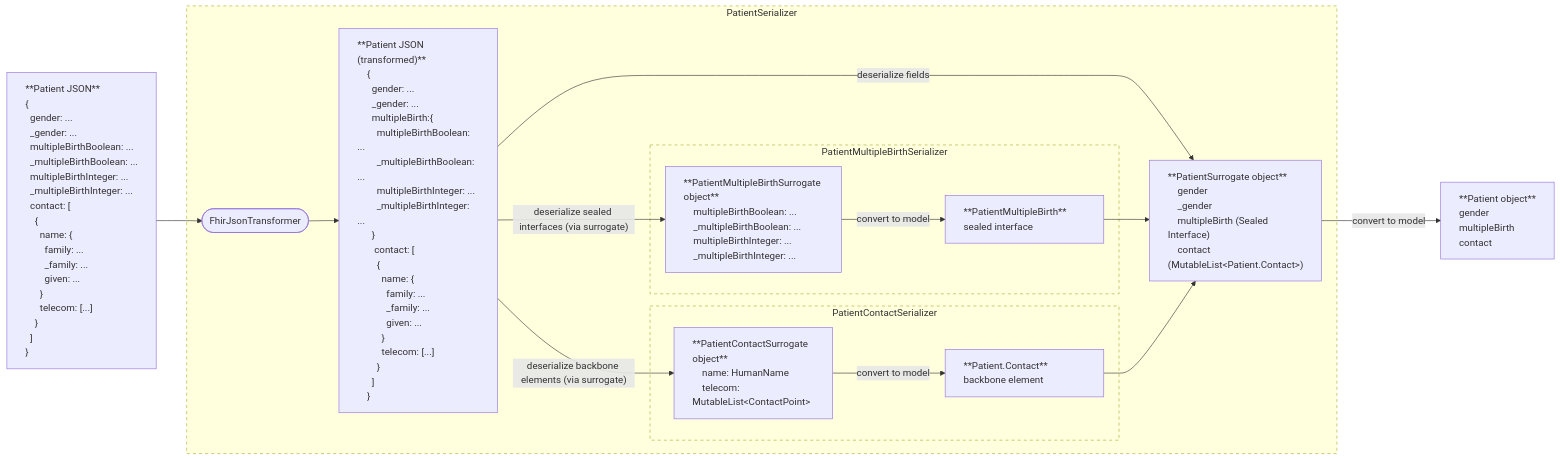
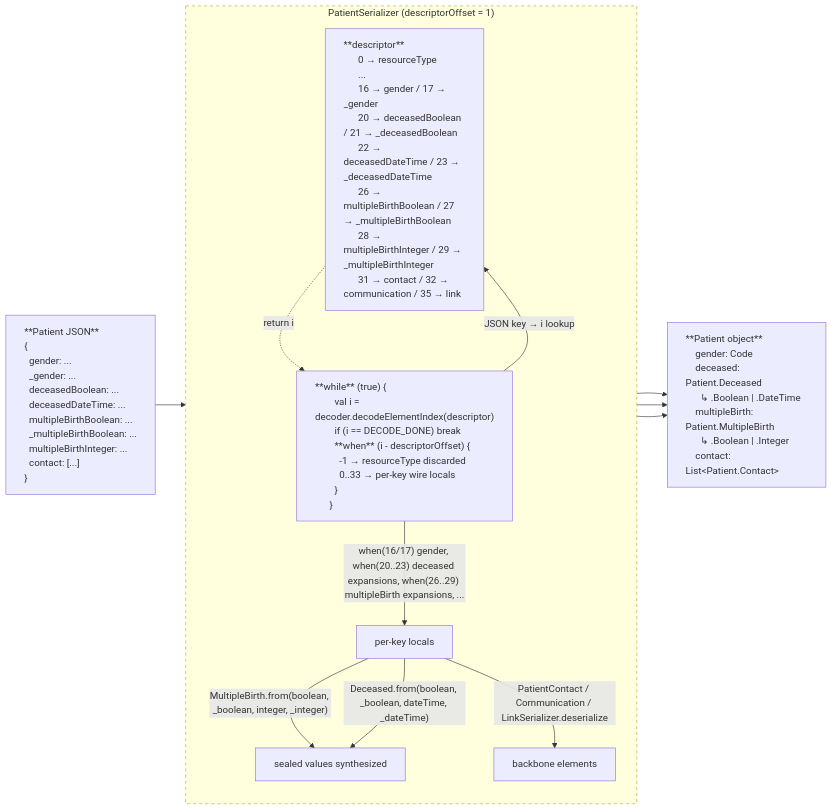
One commit to jingtang10/kotlin-fhir changed the second of 3 diagrams in README.md. Above: the diagram before and after it, drawn with Mermaid. The commit also changed other lines of this file and 1716 other files, not shown here.

````diff
--- a/README.md
+++ b/README.md
@@ -265,96 +278,60 @@
     {
     #nbsp;#nbsp;gender: ...
     #nbsp;#nbsp;_gender: ...
+    #nbsp;#nbsp;deceasedBoolean: ...
+    #nbsp;#nbsp;deceasedDateTime: ...
     #nbsp;#nbsp;multipleBirthBoolean: ...
     #nbsp;#nbsp;_multipleBirthBoolean: ...
     #nbsp;#nbsp;multipleBirthInteger: ...
-    #nbsp;#nbsp;_multipleBirthInteger: ...
-    #nbsp;#nbsp;contact: [
-    #nbsp;#nbsp;#nbsp;#nbsp;{
-    #nbsp;#nbsp;#nbsp;#nbsp;#nbsp;#nbsp;name: {
-    #nbsp;#nbsp;#nbsp;#nbsp;#nbsp;#nbsp;#nbsp;#nbsp;family: ...
-    #nbsp;#nbsp;#nbsp;#nbsp;#nbsp;#nbsp;#nbsp;#nbsp;_family: ...
-    #nbsp;#nbsp;#nbsp;#nbsp;#nbsp;#nbsp;#nbsp;#nbsp;given: ...
-    #nbsp;#nbsp;#nbsp;#nbsp;#nbsp;#nbsp;}
-    #nbsp;#nbsp;#nbsp;#nbsp;#nbsp;#nbsp;telecom: [...]
-    #nbsp;#nbsp;#nbsp;#nbsp;}
-    #nbsp;#nbsp;]
+    #nbsp;#nbsp;contact: [...]
     }
     "]
-    B["**Patient JSON (transformed)**
-    {
-    #nbsp;#nbsp;gender: ...
-    #nbsp;#nbsp;_gender: ...
-    #nbsp;#nbsp;multipleBirth:{
-    #nbsp;#nbsp;#nbsp;#nbsp;multipleBirthBoolean: ...
-    #nbsp;#nbsp;#nbsp;#nbsp;_multipleBirthBoolean: ...
-    #nbsp;#nbsp;#nbsp;#nbsp;multipleBirthInteger: ...
-    #nbsp;#nbsp;#nbsp;#nbsp;_multipleBirthInteger: ...
-    #nbsp;#nbsp;}
-     #nbsp;#nbsp;contact: [
-    #nbsp;#nbsp;#nbsp;#nbsp;{
-    #nbsp;#nbsp;#nbsp;#nbsp;#nbsp;#nbsp;name: {
-    #nbsp;#nbsp;#nbsp;#nbsp;#nbsp;#nbsp;#nbsp;#nbsp;family: ...
-    #nbsp;#nbsp;#nbsp;#nbsp;#nbsp;#nbsp;#nbsp;#nbsp;_family: ...
-    #nbsp;#nbsp;#nbsp;#nbsp;#nbsp;#nbsp;#nbsp;#nbsp;given: ...
-    #nbsp;#nbsp;#nbsp;#nbsp;#nbsp;#nbsp;}
-    #nbsp;#nbsp;#nbsp;#nbsp;#nbsp;#nbsp;telecom: [...]
-    #nbsp;#nbsp;#nbsp;#nbsp;}
-    #nbsp;#nbsp;]
-    }
-    "]
-    C["**PatientSurrogate object**
-    gender
-    _gender
-    multipleBirth (Sealed Interface)
-    contact (MutableList&lt;Patient.Contact&gt;)
-    "]
-    D["**PatientMultipleBirthSurrogate object**
-    multipleBirthBoolean: ...
-    _multipleBirthBoolean: ...
-    multipleBirthInteger: ...
-    _multipleBirthInteger: ...
-    "]
     E["**Patient object**
-    gender
-    multipleBirth
-    contact
-    "]
-    F["**PatientMultipleBirth** sealed interface
-    "]
-    G["**PatientContactSurrogate object**
-    name: HumanName
-    telecom: MutableList&lt;ContactPoint&gt;
-    "]
-    H["**Patient.Contact** backbone element
+    gender: Code
+    deceased: Patient.Deceased
+    #nbsp;#nbsp;↳ .Boolean | .DateTime
+    multipleBirth: Patient.MultipleBirth
+    #nbsp;#nbsp;↳ .Boolean | .Integer
+    contact: List&lt;Patient.Contact&gt;
     "]
 
-    A-->Transformer[FhirJsonTransformer]@{ shape: pill }
-    subgraph S1[PatientSerializer]
-      Transformer --> B
-      B -- deserialize fields --> C
-      B -- deserialize sealed interfaces (via surrogate) --> D
-      subgraph S2[PatientMultipleBirthSerializer]
-        D -- convert to model --> F
-      end
-      F --> C
-      B -- deserialize backbone elements (via surrogate) --> G
-      subgraph S3[PatientContactSerializer]
-        G -- convert to model --> H
-      end
-      H --> C
+    subgraph PS["PatientSerializer  (descriptorOffset = 1)"]
+      direction TB
+      Desc["**descriptor**
+      0 → resourceType
+      ... 
+      16 → gender / 17 → _gender
+      20 → deceasedBoolean / 21 → _deceasedBoolean
+      22 → deceasedDateTime / 23 → _deceasedDateTime
+      26 → multipleBirthBoolean / 27 → _multipleBirthBoolean
+      28 → multipleBirthInteger / 29 → _multipleBirthInteger
+      31 → contact / 32 → communication / 35 → link"]
+
+      Loop["**while** (true) {
+      #nbsp;#nbsp;val i = decoder.decodeElementIndex(descriptor)
+      #nbsp;#nbsp;if (i == DECODE_DONE) break
+      #nbsp;#nbsp;**when** (i - descriptorOffset) {
+      #nbsp;#nbsp;#nbsp;#nbsp;-1 → resourceType discarded
+      #nbsp;#nbsp;#nbsp;#nbsp;0..33 → per-key wire locals
+      #nbsp;#nbsp;}
+      }"]
+
+      Loop -- "JSON key → i lookup" --> Desc
+      Desc -. "return i" .-> Loop
+      Loop -- "when(16/17) gender, when(20..23) deceased expansions, when(26..29) multipleBirth expansions, ..." --> Locals[per-key locals]
+      Locals -- "MultipleBirth.from(boolean, _boolean, integer, _integer)" --> Seal[sealed values synthesized]
+      Locals -- "Deceased.from(boolean, _boolean, dateTime, _dateTime)" --> Seal
+      Locals -- "PatientContact / Communication / LinkSerializer.deserialize" --> BB[backbone elements]
     end
-    C -- convert to model --> E
+
+    A --> PS
+    Seal --> E
+    BB --> E
+    Locals --> E
 
     style A text-align:left
-    style B text-align:left
-    style C text-align:left
-    style D text-align:left
     style E text-align:left
-    style F text-align:left
-    style G text-align:left
-    style H text-align:left
-    style S1 stroke-dasharray: 5 5
-    style S2 stroke-dasharray: 5 5
-    style S3 stroke-dasharray: 5 5
+    style Desc text-align:left
+    style Loop text-align:left
+    style PS stroke-dasharray: 5 5
 ```
````
